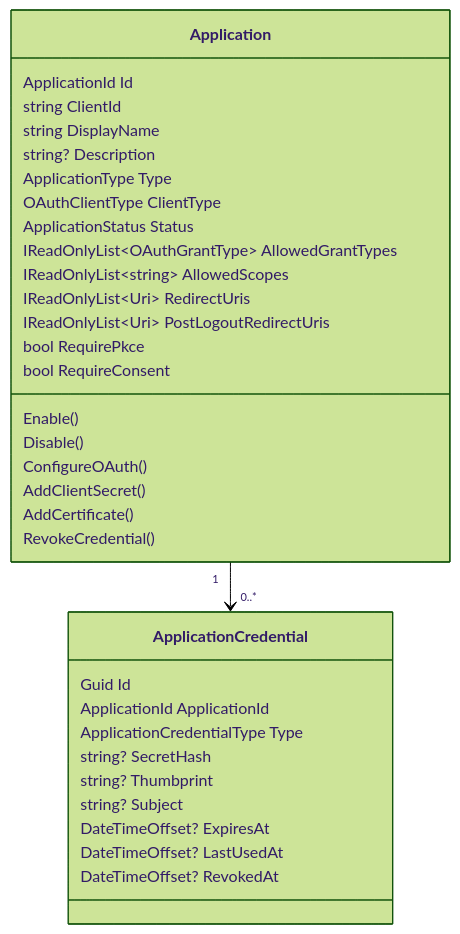
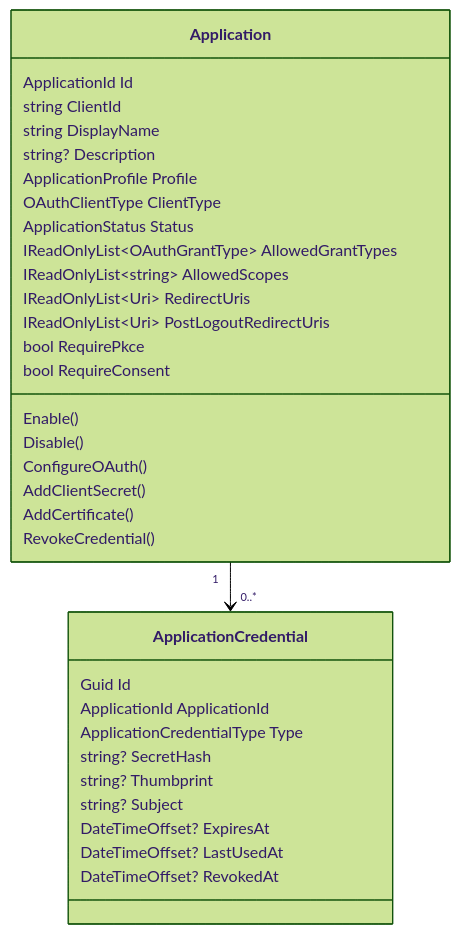
The diagram in specs/006-unify-applications-model/design.md (Tjeerd-menno/open-identity-stack), drawn with Mermaid (forest theme) before and after one commit. The commit also changed other lines of this file and 139 other files, not shown here.

````diff
--- a/specs/006-unify-applications-model/design.md
+++ b/specs/006-unify-applications-model/design.md
@@ -140,38 +140,38 @@
 ```mermaid
 classDiagram
     class Application {
         ApplicationId Id
         string ClientId
         string DisplayName
         string? Description
-        ApplicationType Type
+        ApplicationProfile Profile
         OAuthClientType ClientType
         ApplicationStatus Status
         IReadOnlyList~OAuthGrantType~ AllowedGrantTypes
         IReadOnlyList~string~ AllowedScopes
         IReadOnlyList~Uri~ RedirectUris
         IReadOnlyList~Uri~ PostLogoutRedirectUris
         bool RequirePkce
         bool RequireConsent
         Enable()
         Disable()
         ConfigureOAuth()
         AddClientSecret()
         AddCertificate()
         RevokeCredential()
     }
 
     class ApplicationCredential {
         Guid Id
         ApplicationId ApplicationId
         ApplicationCredentialType Type
         string? SecretHash
         string? Thumbprint
         string? Subject
         DateTimeOffset? ExpiresAt
         DateTimeOffset? LastUsedAt
         DateTimeOffset? RevokedAt
     }
 
     Application "1" --> "0..*" ApplicationCredential
 ```
````
